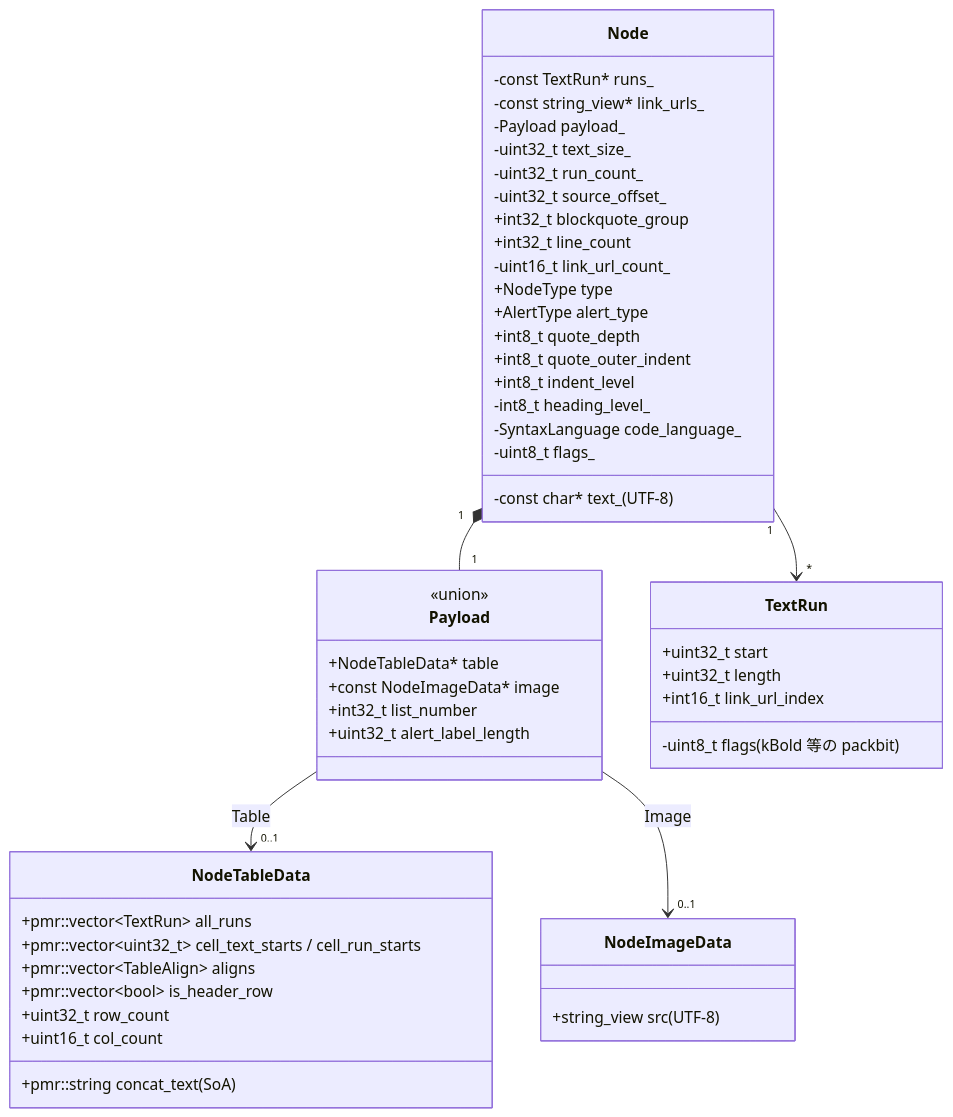
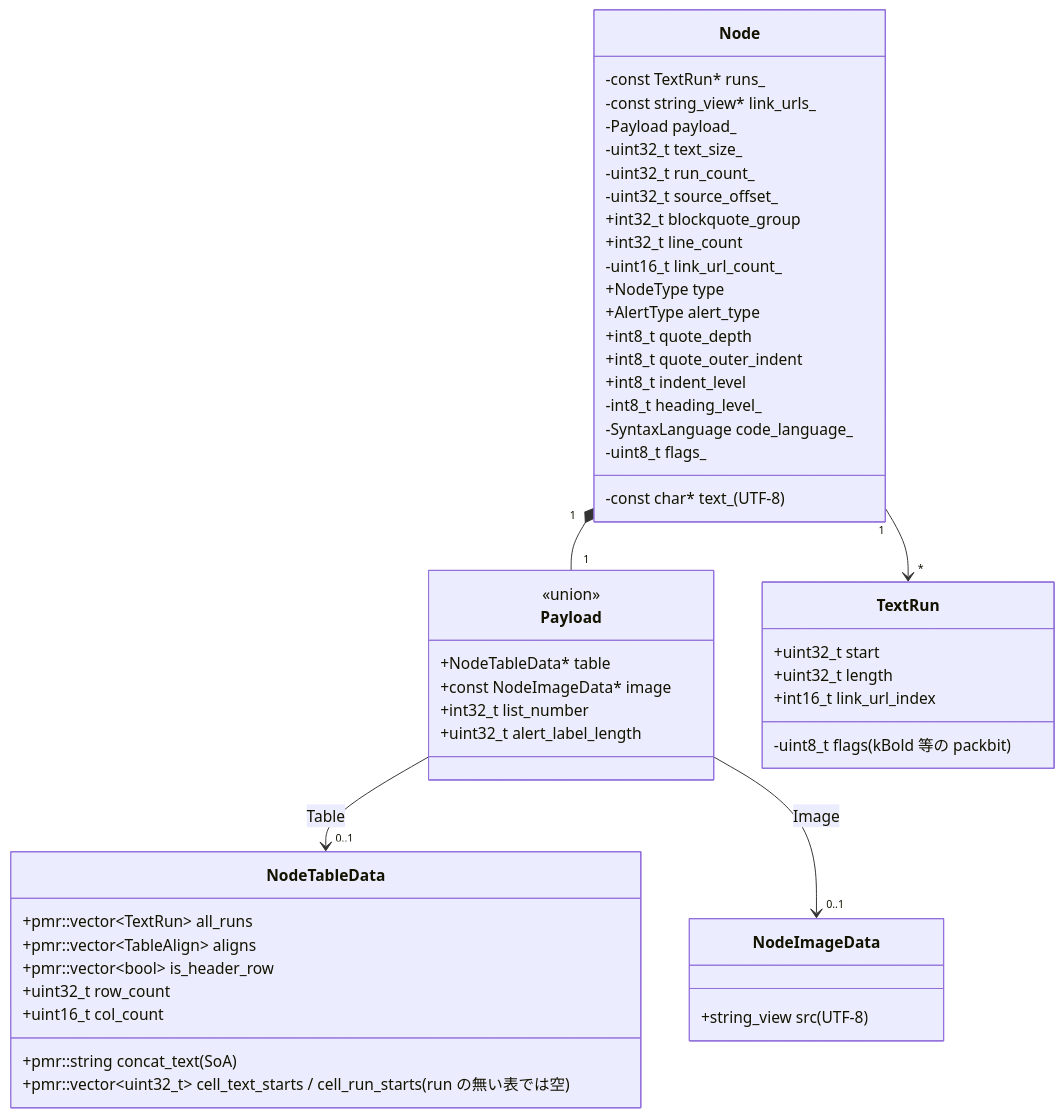
Diagram 15 of 27 in example/test.md (tanaton/mendo), drawn with Mermaid before and after one commit. The commit also changed other lines of this file and 161 other files, not shown here.

````diff
--- a/example/test.md
+++ b/example/test.md
@@ -2869,57 +2783,57 @@
 ```mermaid
 classDiagram
     class Node {
         -const char* text_ (UTF-8)
         -const TextRun* runs_
         -const string_view* link_urls_
         -Payload payload_
         -uint32_t text_size_
         -uint32_t run_count_
         -uint32_t source_offset_
         +int32_t blockquote_group
         +int32_t line_count
         -uint16_t link_url_count_
         +NodeType type
         +AlertType alert_type
         +int8_t quote_depth
         +int8_t quote_outer_indent
         +int8_t indent_level
         -int8_t heading_level_
         -SyntaxLanguage code_language_
         -uint8_t flags_
     }
 
     class Payload {
         <<union>>
         +NodeTableData* table
         +const NodeImageData* image
         +int32_t list_number
         +uint32_t alert_label_length
     }
 
     class NodeTableData {
         +pmr::string concat_text (SoA)
         +pmr::vector~TextRun~ all_runs
-        +pmr::vector~uint32_t~ cell_text_starts / cell_run_starts
+        +pmr::vector~uint32_t~ cell_text_starts / cell_run_starts (run の無い表では空)
         +pmr::vector~TableAlign~ aligns
         +pmr::vector~bool~ is_header_row
         +uint32_t row_count
         +uint16_t col_count
     }
 
     class NodeImageData {
         +string_view src (UTF-8)
     }
 
     class TextRun {
         +uint32_t start
         +uint32_t length
         +int16_t link_url_index
         -uint8_t flags (kBold 等の packbit)
     }
 
     Node "1" --> "*" TextRun
     Node "1" *-- "1" Payload
     Payload --> "0..1" NodeTableData : Table
     Payload --> "0..1" NodeImageData : Image
 ```
````
